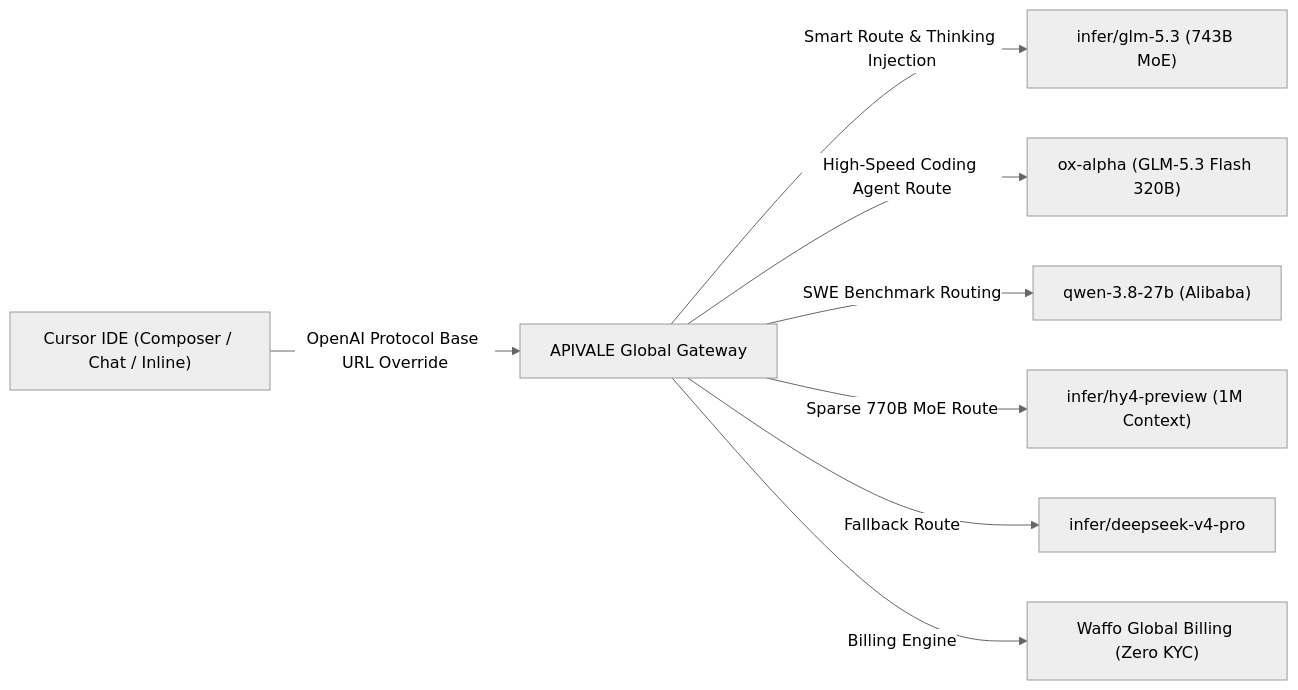
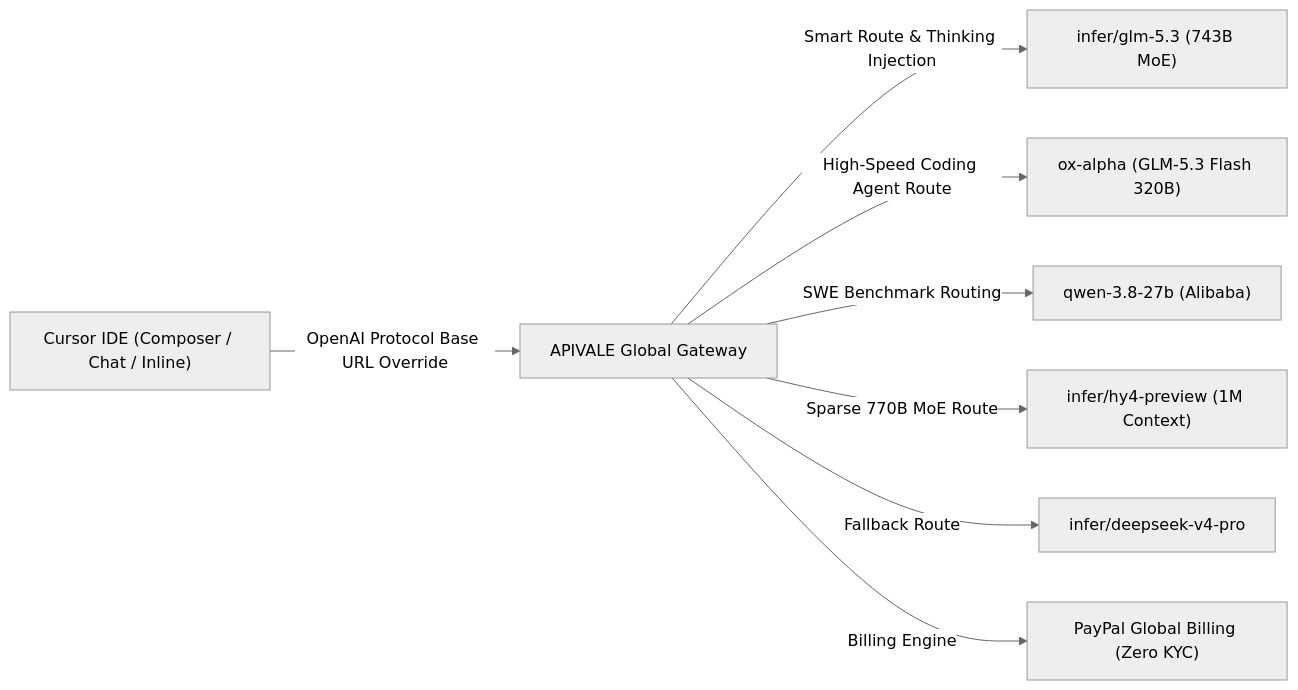
One commit to bshx2024/apivel_blog changed the diagram in src/content/blog/connect-glm-5-3-to-claude-code-cli-cursor.md. Above: the diagram before and after it, drawn with Mermaid (neutral theme). The commit also changed other lines of this file and 38 other files, not shown here.

````diff
--- a/src/content/blog/connect-glm-5-3-to-claude-code-cli-cursor.md
+++ b/src/content/blog/connect-glm-5-3-to-claude-code-cli-cursor.md
@@ -56,10 +56,10 @@
 ```mermaid
 graph LR
     A["Cursor IDE (Composer / Chat / Inline)"] -->|OpenAI Protocol Base URL Override| B["APIVALE Global Gateway"]
     B -->|Smart Route & Thinking Injection| C["infer/glm-5.3 (743B MoE)"]
     B -->|High-Speed Coding Agent Route| G["ox-alpha (GLM-5.3 Flash 320B)"]
     B -->|SWE Benchmark Routing| H["qwen-3.8-27b (Alibaba)"]
     B -->|Sparse 770B MoE Route| F["infer/hy4-preview (1M Context)"]
     B -->|Fallback Route| D["infer/deepseek-v4-pro"]
-    B -->|Billing Engine| E["Waffo Global Billing (Zero KYC)"]
+    B -->|Billing Engine| E["PayPal Global Billing (Zero KYC)"]
 ```
````
